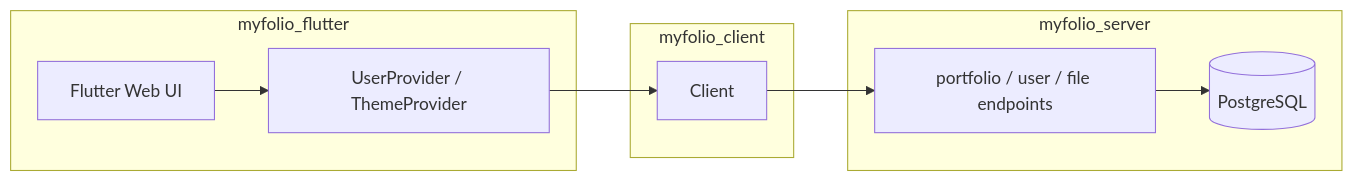
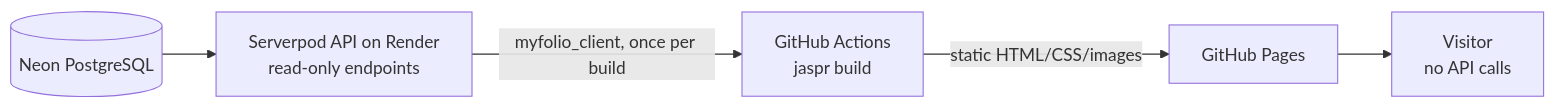
Before and after one commit to AbhiCodebugger/my_folio: the diagram in README.md, drawn with Mermaid. The commit also changed other lines of this file and 149 other files, not shown here.

````diff
--- a/README.md
+++ b/README.md
@@ -16,15 +16,7 @@
 ```mermaid
 flowchart LR
-  subgraph client [myfolio_flutter]
-    UI[Flutter Web UI]
-    Providers[UserProvider / ThemeProvider]
-  end
-  subgraph generated [myfolio_client]
-    Client[Client]
-  end
-  subgraph server [myfolio_server]
-    Endpoints[portfolio / user / file endpoints]
-    DB[(PostgreSQL)]
-  end
-  UI --> Providers --> Client --> Endpoints --> DB
+  DB[(Neon PostgreSQL)] --> API[Serverpod API on Render<br/>read-only endpoints]
+  API -- "myfolio_client, once per build" --> CI[GitHub Actions<br/>jaspr build]
+  CI -- "static HTML/CSS/images" --> Pages[GitHub Pages]
+  Pages --> Visitor[Visitor<br/>no API calls]
 ```
````
